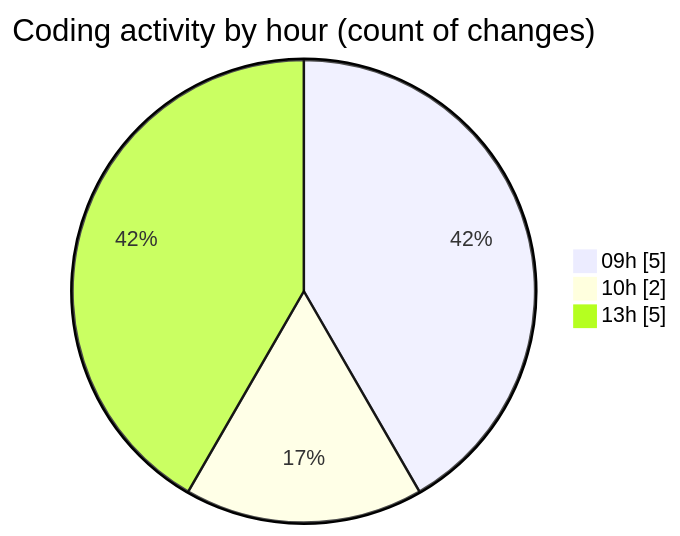
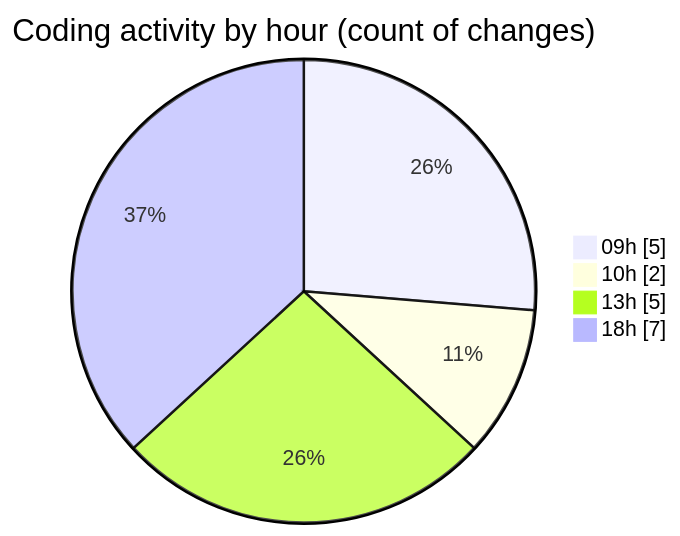
One commit to EIIisD/code-tracking changed the second of 2 diagrams in 2025-08-10/fish/README.md. Above: the diagram before and after it, drawn with Mermaid. The commit also changed other lines of this file and 1 other file, not shown here.

````diff
--- a/2025-08-10/fish/README.md
+++ b/2025-08-10/fish/README.md
@@ -28,7 +29,8 @@
 ```mermaid
 pie showData
 title Coding activity by hour (count of changes)
 "09h" : 5
 "10h" : 2
 "13h" : 5
+"18h" : 7
 ```
````
